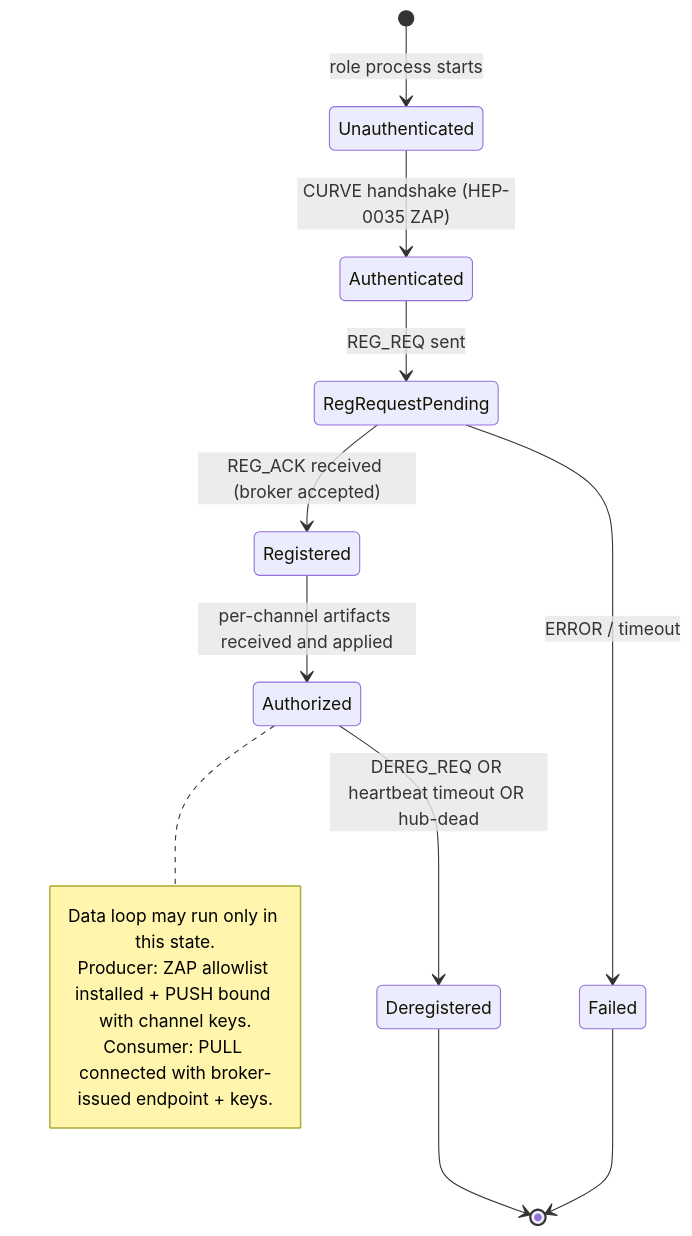
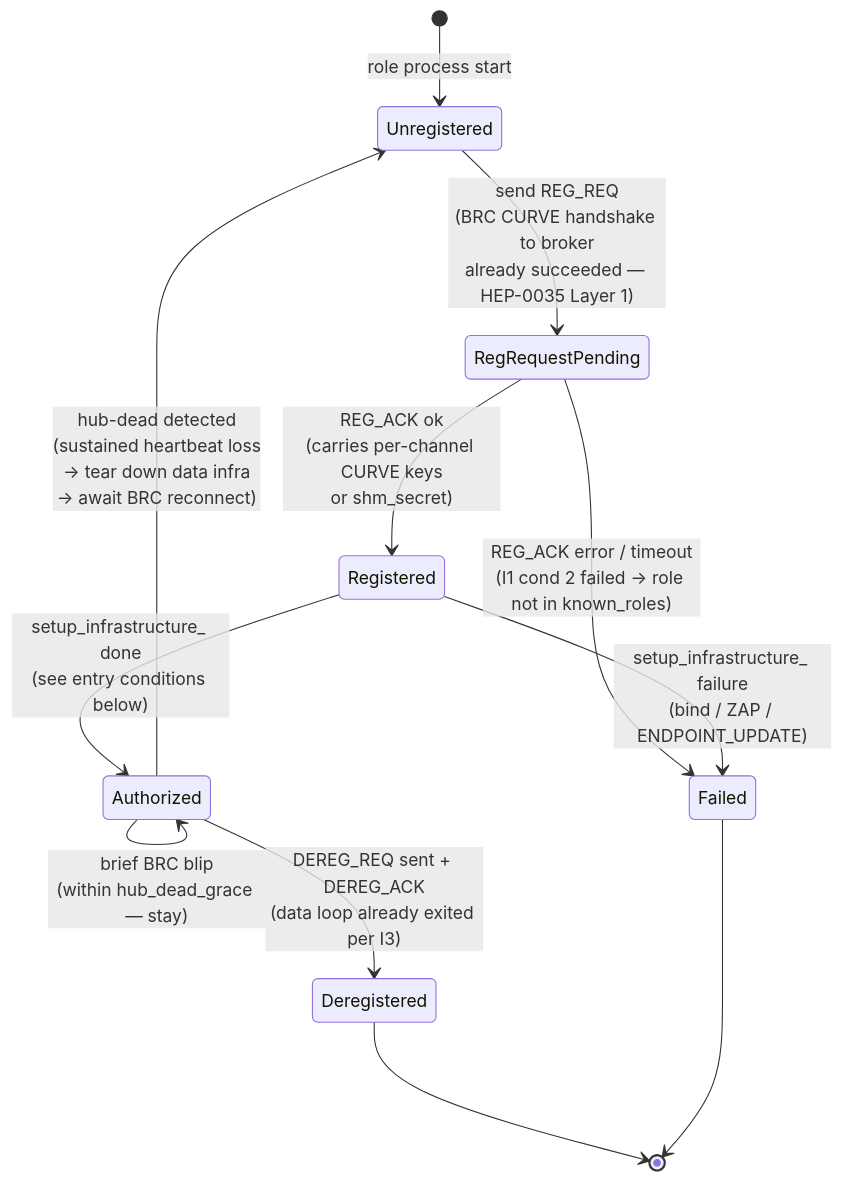
Before and after one commit to Qing-LAB/pylabhub: the second of 10 diagrams in docs/HEP/HEP-CORE-0036-Authenticated-Connection-Establishment.md, drawn with Mermaid. The commit also changed other lines of this file, not shown here.

````diff
--- a/docs/HEP/HEP-CORE-0036-Authenticated-Connection-Establishment.md
+++ b/docs/HEP/HEP-CORE-0036-Authenticated-Connection-Establishment.md
@@ -379,18 +390,14 @@
 ```mermaid
 stateDiagram-v2
-    [*] --> Unauthenticated: role process starts
-    Unauthenticated --> Authenticated: CURVE handshake (HEP-0035 ZAP)
-    Authenticated --> RegRequestPending: REG_REQ sent
-    RegRequestPending --> Registered: REG_ACK received (broker accepted)
-    RegRequestPending --> Failed: ERROR / timeout
-    Registered --> Authorized: per-channel artifacts received and applied
-    Authorized --> Deregistered: DEREG_REQ OR heartbeat timeout OR hub-dead
-    Deregistered --> [*]
-    Failed --> [*]
-
-    note right of Authorized
-        Data loop may run only in this state.
-        Producer: ZAP allowlist installed + PUSH bound with channel keys.
-        Consumer: PULL connected with broker-issued endpoint + keys.
-    end note
+    [*]               --> Unregistered: role process start
+    Unregistered      --> RegRequestPending: send REG_REQ<br/>(BRC CURVE handshake to broker<br/>already succeeded — HEP-0035 Layer 1)
+    RegRequestPending --> Registered: REG_ACK ok<br/>(carries per-channel CURVE keys<br/>or shm_secret)
+    RegRequestPending --> Failed: REG_ACK error / timeout<br/>(I1 cond 2 failed → role not in known_roles)
+    Registered        --> Authorized: setup_infrastructure_ done<br/>(see entry conditions below)
+    Registered        --> Failed: setup_infrastructure_ failure<br/>(bind / ZAP / ENDPOINT_UPDATE)
+    Authorized        --> Authorized: brief BRC blip<br/>(within hub_dead_grace — stay)
+    Authorized        --> Unregistered: hub-dead detected<br/>(sustained heartbeat loss<br/>→ tear down data infra<br/>→ await BRC reconnect)
+    Authorized        --> Deregistered: DEREG_REQ sent + DEREG_ACK<br/>(data loop already exited per I3)
+    Deregistered      --> [*]
+    Failed            --> [*]
 ```
````
